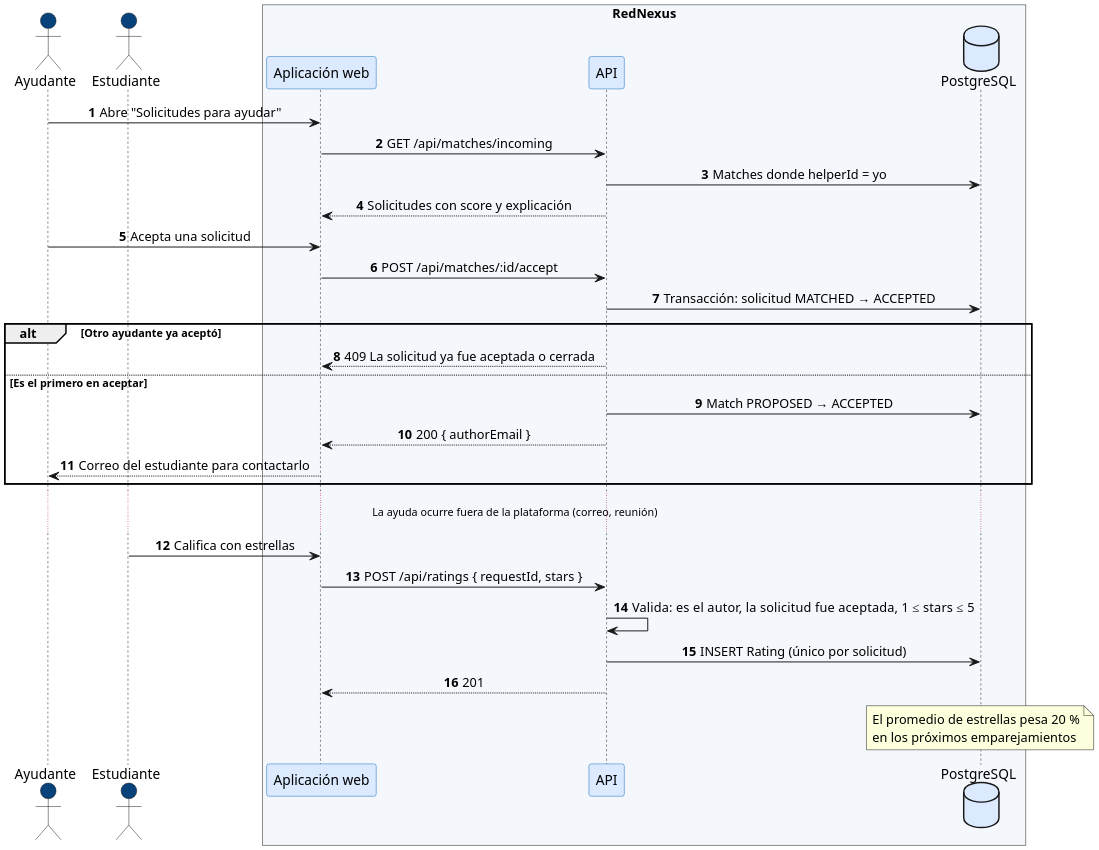
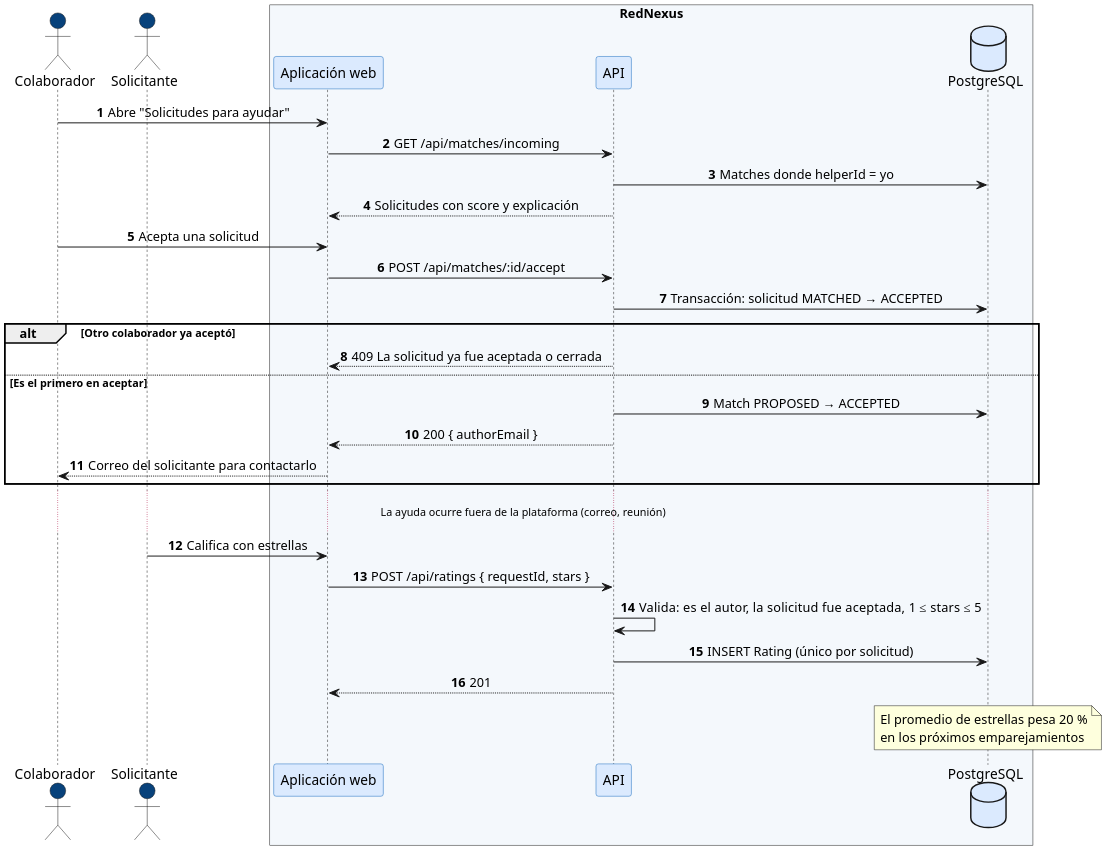
The diagram in docs/arquitectura/diagramas/09-secuencia-aceptar-calificar.puml (juanjosegl/RedNexus-Platform), drawn with PlantUML before and after one commit. The commit also changed 15 other files, not shown here.

First line of the commit message:
docs(arquitectura): términos solicitante y colaborador en diagramas

```diff
--- a/docs/arquitectura/diagramas/09-secuencia-aceptar-calificar.puml
+++ b/docs/arquitectura/diagramas/09-secuencia-aceptar-calificar.puml
@@ -1,44 +1,44 @@
 @startuml 09-secuencia-aceptar-calificar
 ' Aceptar la ayuda (solo uno acepta) y calificarla
 skinparam dpi 200
 skinparam defaultFontName "Helvetica"
 skinparam shadowing false
 skinparam sequenceMessageAlign center
 skinparam ParticipantBackgroundColor #dbeafe
 skinparam ParticipantBorderColor #1168bd
 skinparam DatabaseBackgroundColor #dbeafe
 skinparam ActorBackgroundColor #08427b
 autonumber
 
-actor "Ayudante" as H
-actor "Estudiante" as S
+actor "Colaborador" as H
+actor "Solicitante" as S
 box "RedNexus" #f4f8fc
   participant "Aplicación web" as W
   participant "API" as A
   database "PostgreSQL" as DB
 end box
 
 H -> W : Abre "Solicitudes para ayudar"
 W -> A : GET /api/matches/incoming
 A -> DB : Matches donde helperId = yo
 A --> W : Solicitudes con score y explicación
 H -> W : Acepta una solicitud
 W -> A : POST /api/matches/:id/accept
 A -> DB : Transacción: solicitud MATCHED → ACCEPTED
-alt Otro ayudante ya aceptó
+alt Otro colaborador ya aceptó
   A --> W : 409 La solicitud ya fue aceptada o cerrada
 else Es el primero en aceptar
   A -> DB : Match PROPOSED → ACCEPTED
   A --> W : 200 { authorEmail }
-  W --> H : Correo del estudiante para contactarlo
+  W --> H : Correo del solicitante para contactarlo
 end
 
 ... La ayuda ocurre fuera de la plataforma (correo, reunión) ...
 
 S -> W : Califica con estrellas
 W -> A : POST /api/ratings { requestId, stars }
 A -> A : Valida: es el autor, la solicitud fue aceptada, 1 ≤ stars ≤ 5
 A -> DB : INSERT Rating (único por solicitud)
 A --> W : 201
 note over DB : El promedio de estrellas pesa 20 %\nen los próximos emparejamientos
 @enduml
```
